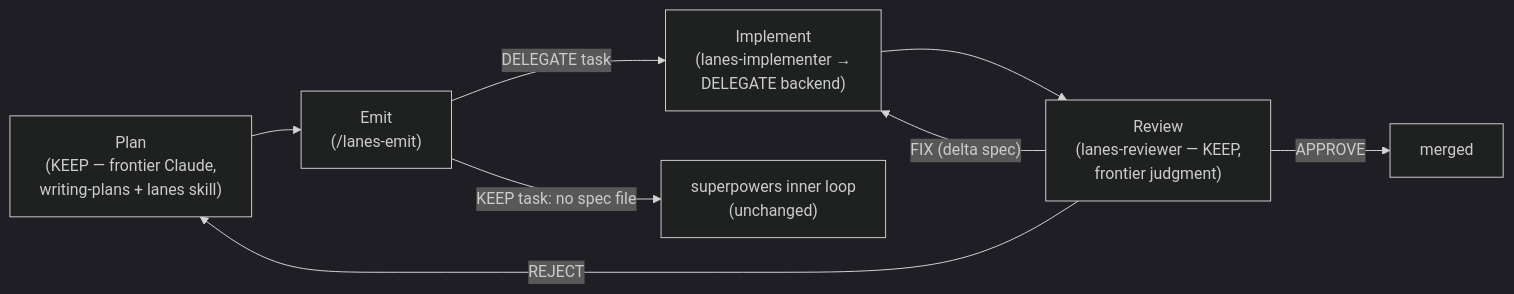
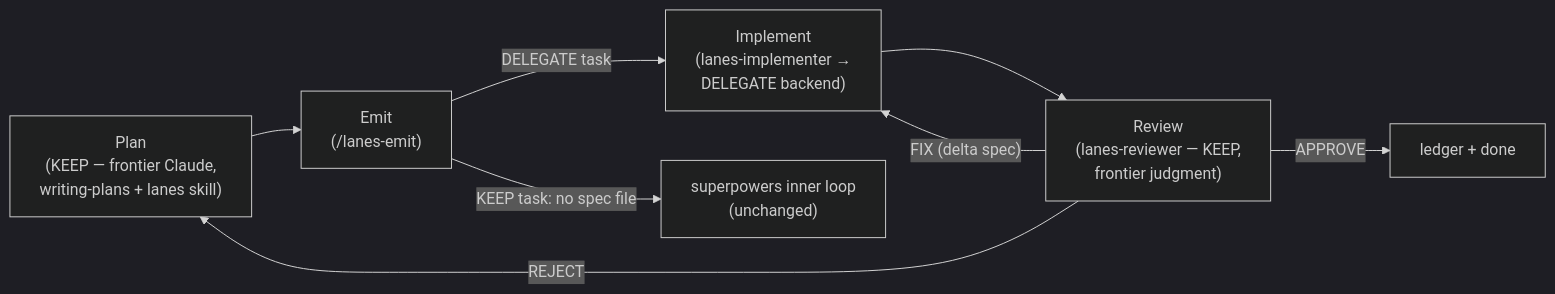
One commit to OniNoKen4192/Lanes changed the diagram in README.md. Above: the diagram before and after it, drawn with Mermaid (dark theme). The commit also changed other lines of this file and 4 other files, not shown here.

````diff
--- a/README.md
+++ b/README.md
@@ -71,10 +74,10 @@
 ```mermaid
 flowchart LR
     A["Plan\n(KEEP — frontier Claude,\nwriting-plans + lanes skill)"] --> B["Emit\n(/lanes-emit)"]
     B -->|"DELEGATE task"| C["Implement\n(lanes-implementer →\nDELEGATE backend)"]
     B -->|"KEEP task: no spec file"| E["superpowers inner loop\n(unchanged)"]
     C --> D["Review\n(lanes-reviewer — KEEP,\nfrontier judgment)"]
-    D -->|APPROVE| F["merged"]
+    D -->|APPROVE| F["ledger + done"]
     D -->|"FIX (delta spec)"| C
     D -->|REJECT| A
 ```
````
